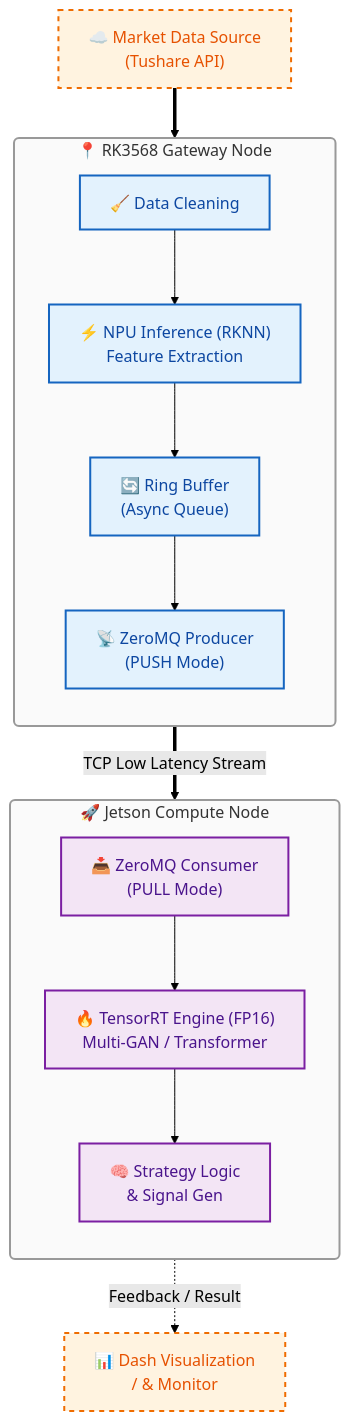
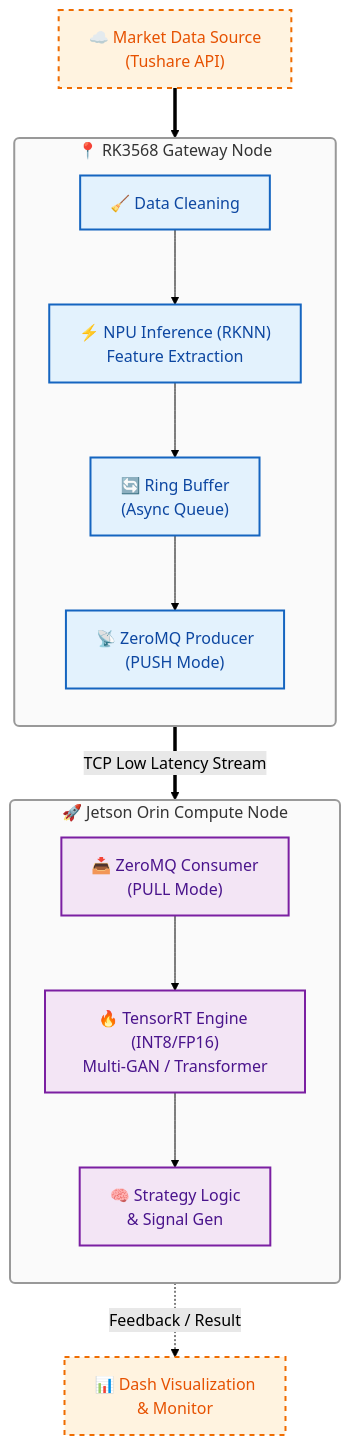
One commit to WNPPP0114/HEQIS changed the first of 2 diagrams in README.md. Above: the diagram before and after it, drawn with Mermaid (forest theme). The commit also changed other lines of this file, not shown here.

````diff
--- a/README.md
+++ b/README.md
@@ -6,51 +6,51 @@
 ```mermaid
 graph TD
     %% 全局样式设置
     classDef default fill:#fff,stroke:#333,stroke-width:1px,color:#000;
     classDef cluster fill:#fafafa,stroke:#999,stroke-width:2px,rx:5,ry:5;
     classDef gateway fill:#e3f2fd,stroke:#1565c0,stroke-width:2px,color:#0d47a1;
     classDef compute fill:#f3e5f5,stroke:#7b1fa2,stroke-width:2px,color:#4a148c;
     classDef external fill:#fff3e0,stroke:#ef6c00,stroke-width:2px,stroke-dasharray: 5 5,color:#e65100;
 
     %% 外部输入
     Input["☁️ Market Data Source<br/>(Tushare API)"]:::external
 
     %% RK3568 网关节点
     subgraph Gateway_Node ["📍 RK3568 Gateway Node"]
         direction TB
         Cleaner["🧹 Data Cleaning"]:::gateway
         NPU_Feat["⚡ NPU Inference (RKNN)<br/>Feature Extraction"]:::gateway
         RingBuf["🔄 Ring Buffer<br/>(Async Queue)"]:::gateway
         ZMQ_Push["📡 ZeroMQ Producer<br/>(PUSH Mode)"]:::gateway
     end
 
     %% Jetson 计算节点
-    subgraph Compute_Node ["🚀 Jetson Compute Node"]
+    subgraph Compute_Node ["🚀 Jetson Orin Compute Node"]
         direction TB
         ZMQ_Pull["📥 ZeroMQ Consumer<br/>(PULL Mode)"]:::compute
-        TRT_Eng["🔥 TensorRT Engine (FP16)<br/>Multi-GAN / Transformer"]:::compute
+        TRT_Eng["🔥 TensorRT Engine (INT8/FP16)<br/>Multi-GAN / Transformer"]:::compute
         Signal["🧠 Strategy Logic<br/>& Signal Gen"]:::compute
     end
 
     %% UI层
-    UI["📊 Dash Visualization<br/>/ & Monitor"]:::external
+    UI["📊 Dash Visualization<br/>& Monitor"]:::external
 
     %% 连线逻辑
     Input ==> Cleaner
     Cleaner --> NPU_Feat
     NPU_Feat --> RingBuf
     RingBuf --> ZMQ_Push
 
     %% 跨设备通信
     ZMQ_Push == "TCP Low Latency Stream" ==> ZMQ_Pull
 
     %% 计算节点流程
     ZMQ_Pull --> TRT_Eng
     TRT_Eng --> Signal
 
     %% 结果回传
     Signal -.->|Feedback / Result| UI
 
     %% 应用样式
     class Gateway_Node,Compute_Node cluster;
 ```
````
